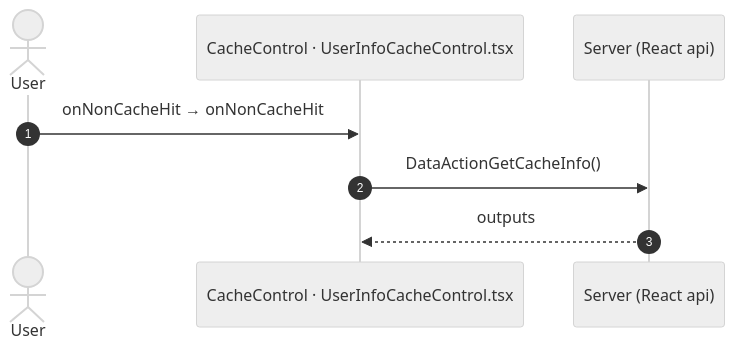
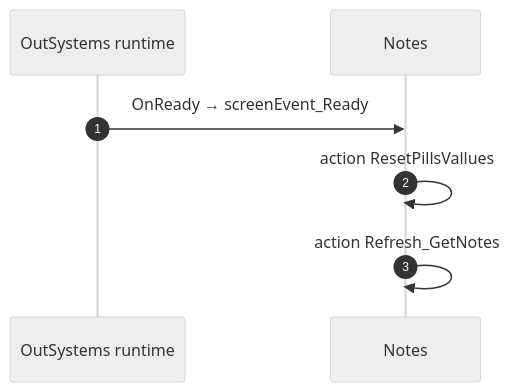
Before and after one commit to Phoenix-DX/connect-new-ui: the ninth of 10 diagrams in route-actions/routes/Notes.md, drawn with Mermaid (neutral theme). The commit also changed other lines of this file and 52 other files, not shown here.

````diff
--- a/route-actions/routes/Notes.md
+++ b/route-actions/routes/Notes.md
@@ -554,10 +321,9 @@
 ```mermaid
 sequenceDiagram
   autonumber
-  actor U as User
-  participant H as CacheControl · UserInfoCacheControl.tsx
-  participant A as Server (React api)
-  U->>H: onNonCacheHit → onNonCacheHit
-  H->>A: DataActionGetCacheInfo()
-  A-->>H: outputs
+  participant R as OutSystems runtime
+  participant B as Notes
+  R->>B: OnReady → screenEvent_Ready
+  B->>B: action ResetPillsVallues
+  B->>B: action Refresh_GetNotes
 ```
````
